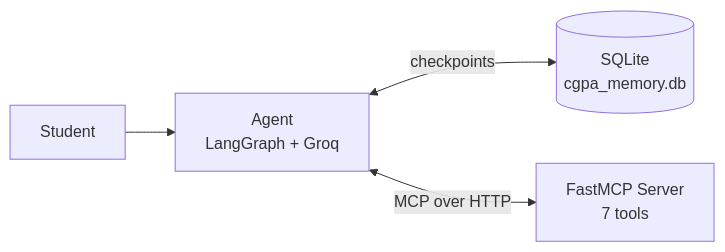
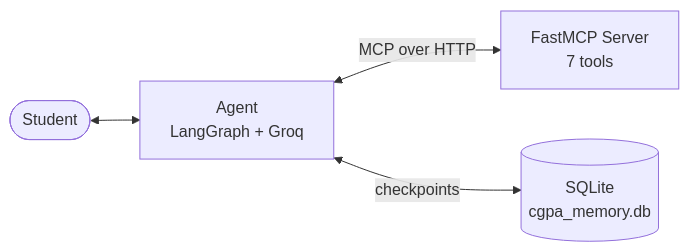
The diagram in README.md (HafsaKokab/GradePilot-MCP), drawn with Mermaid before and after one commit. The commit also changed other lines of this file, not shown here.

````diff
--- a/README.md
+++ b/README.md
@@ -49,6 +47,6 @@
 ```mermaid
 flowchart LR
-    S[Student] --> A[Agent<br/>LangGraph + Groq]
-    A <-->|checkpoints| D[(SQLite<br/>cgpa_memory.db)]
-    A <-->|MCP over HTTP| M[FastMCP Server<br/>7 tools]
+    S([Student]) <--> A["Agent<br/>LangGraph + Groq"]
+    A <-->|"MCP over HTTP"| M["FastMCP Server<br/>7 tools"]
+    A <-->|"checkpoints"| D[("SQLite<br/>cgpa_memory.db")]
 ```
````
